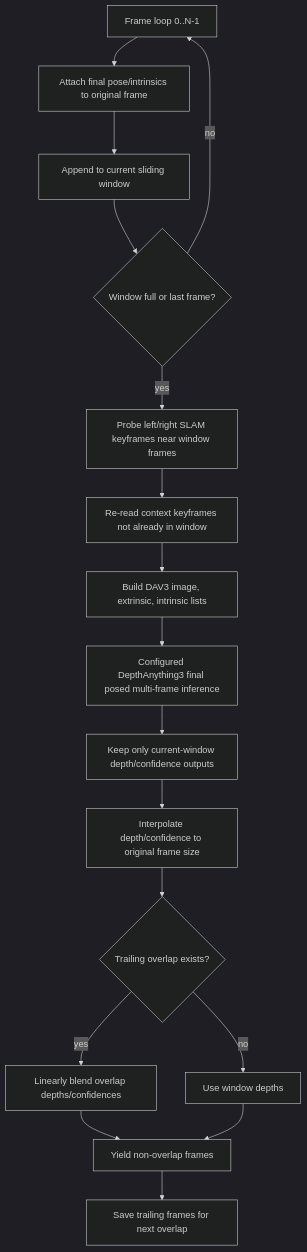
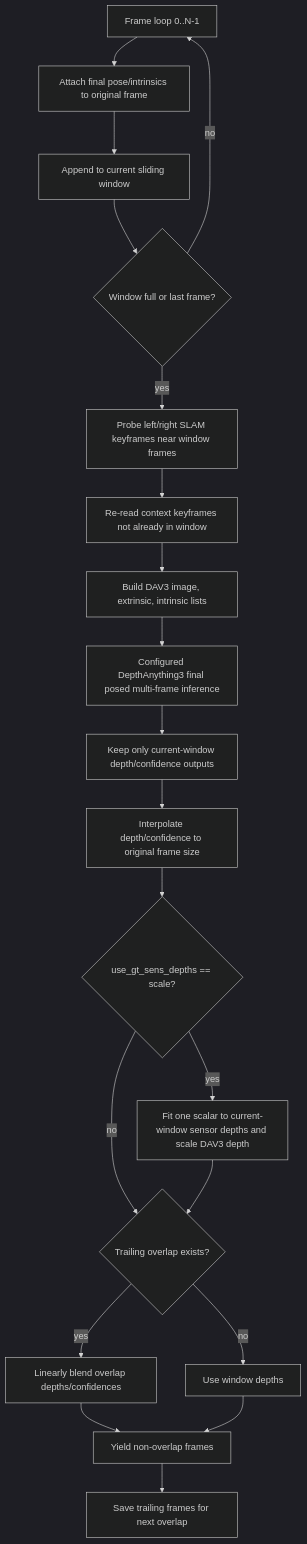
The tenth of 12 diagrams in fullexplain.md (sadanand1120/vipe), drawn with Mermaid (dark theme) before and after one commit. The commit also changed other lines of this file and 13 other files, not shown here.

Commit message:
added sensor depth based depth-modes

````diff
--- a/fullexplain.md
+++ b/fullexplain.md
@@ -1680,19 +1805,22 @@
 ```mermaid
 flowchart TD
     A[Frame loop 0..N-1] --> B[Attach final pose/intrinsics to original frame]
     B --> C[Append to current sliding window]
     C --> D{Window full or last frame?}
     D -->|no| A
     D -->|yes| E[Probe left/right SLAM keyframes near window frames]
     E --> F[Re-read context keyframes not already in window]
     F --> G[Build DAV3 image, extrinsic, intrinsic lists]
     G --> H[Configured DepthAnything3 final posed multi-frame inference]
     H --> I[Keep only current-window depth/confidence outputs]
     I --> J[Interpolate depth/confidence to original frame size]
-    J --> K{Trailing overlap exists?}
+    J --> S{use_gt_sens_depths == scale?}
+    S -->|yes| U[Fit one scalar to current-window sensor depths and scale DAV3 depth]
+    S -->|no| K{Trailing overlap exists?}
+    U --> K
     K -->|yes| L[Linearly blend overlap depths/confidences]
     K -->|no| M[Use window depths]
     L --> N[Yield non-overlap frames]
     M --> N
     N --> O[Save trailing frames for next overlap]
 ```
````
